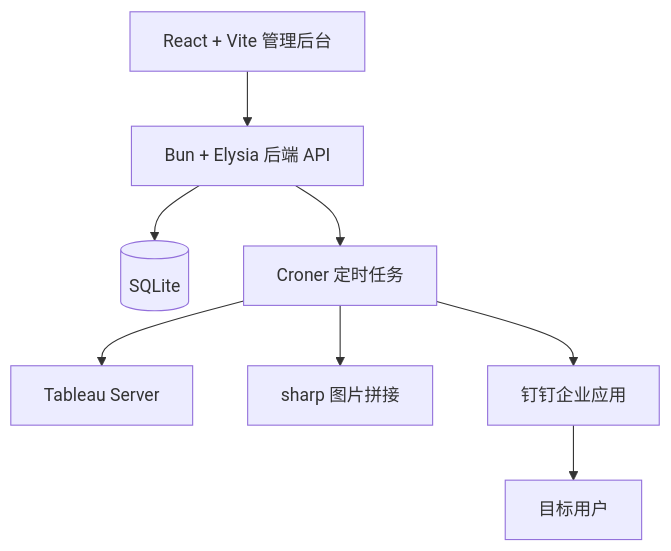
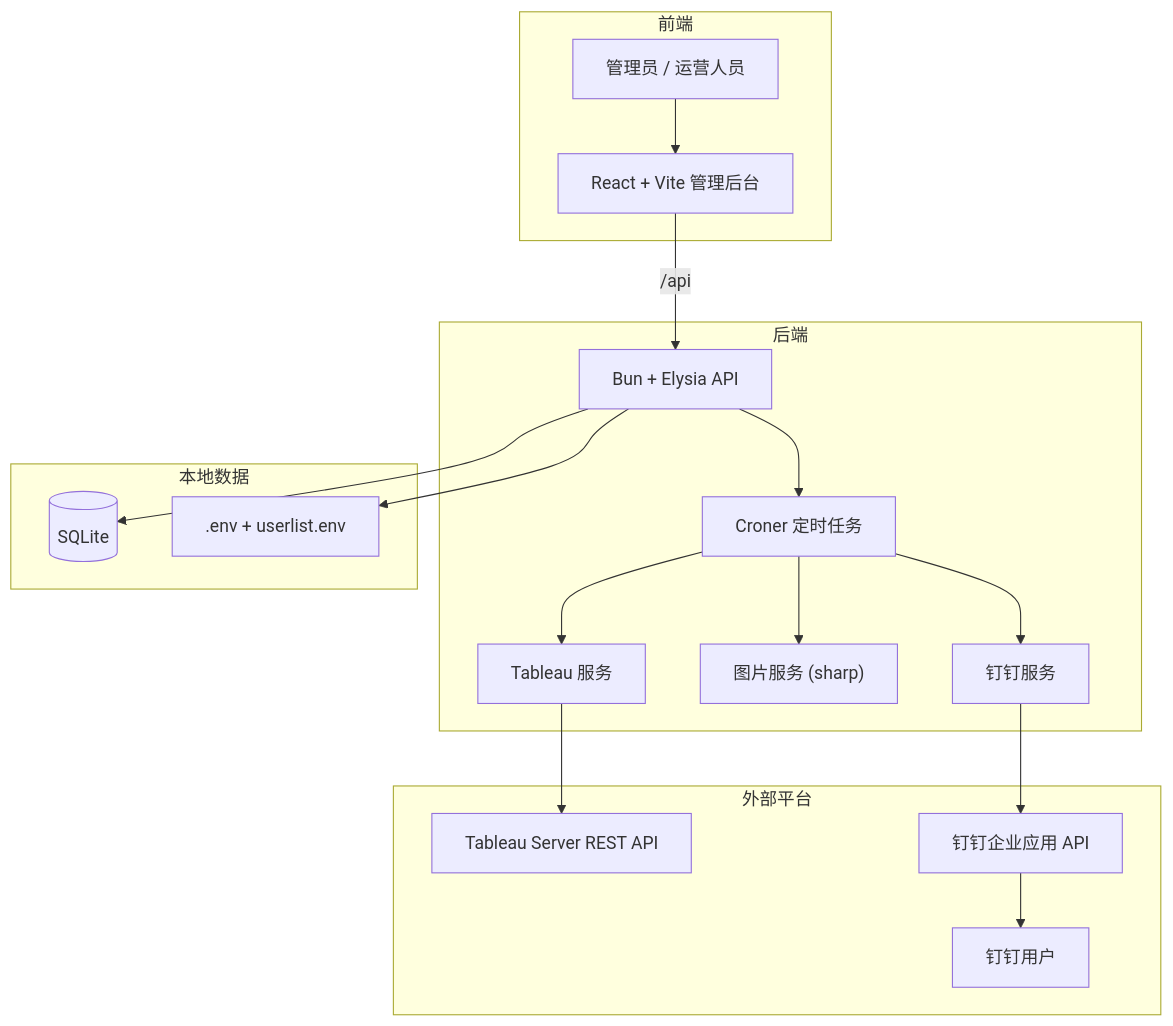
The fifth of 6 diagrams in README.MD (imgwho/tableauPushDing), drawn with Mermaid before and after one commit. The commit also changed other lines of this file, not shown here.

````diff
--- a/README.MD
+++ b/README.MD
@@ -340,10 +347,36 @@
 ```mermaid
 flowchart TB
-  Frontend["React + Vite 管理后台"] --> API["Bun + Elysia 后端 API"]
-  API --> DB[("SQLite")]
-  API --> Scheduler["Croner 定时任务"]
-  Scheduler --> Tableau["Tableau Server"]
-  Scheduler --> Sharp["sharp 图片拼接"]
-  Scheduler --> DingTalk["钉钉企业应用"]
-  DingTalk --> Users["目标用户"]
+  subgraph UI["前端"]
+    Admin["管理员 / 运营人员"] --> Web["React + Vite 管理后台"]
+  end
+
+  subgraph App["后端"]
+    API["Bun + Elysia API"]
+    Scheduler["Croner 定时任务"]
+    TableauSvc["Tableau 服务"]
+    ImageSvc["图片服务 (sharp)"]
+    DingSvc["钉钉服务"]
+  end
+
+  subgraph Data["本地数据"]
+    DB[("SQLite")]
+    Config[".env + userlist.env"]
+  end
+
+  subgraph External["外部平台"]
+    Tableau["Tableau Server REST API"]
+    DingTalk["钉钉企业应用 API"]
+    Users["钉钉用户"]
+  end
+
+  Web -->|/api| API
+  API --> DB
+  API --> Config
+  API --> Scheduler
+  Scheduler --> TableauSvc
+  TableauSvc --> Tableau
+  Scheduler --> ImageSvc
+  Scheduler --> DingSvc
+  DingSvc --> DingTalk
+  DingTalk --> Users
 ```
````
